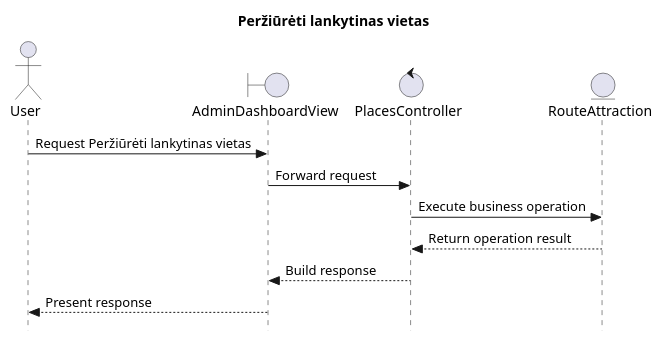
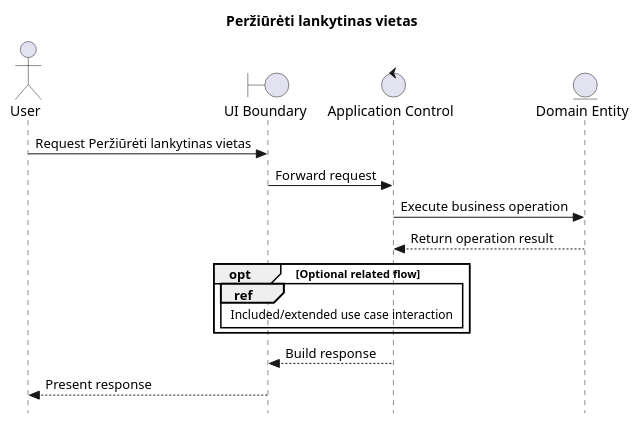
Before and after one commit to SauliusDev/ps-projektas: the diagram in _refs/diagrams-new/sequence/Peržiūrėti_lankytinas_vietas.puml, drawn with PlantUML. The commit also changed 42 other files, not shown here.

Commit message:
fix: satisfy sequence traceability fragment checks

```diff
--- a/_refs/diagrams-new/sequence/Peržiūrėti_lankytinas_vietas.puml
+++ b/_refs/diagrams-new/sequence/Peržiūrėti_lankytinas_vietas.puml
@@ -1,17 +1,22 @@
 @startuml
 skinparam style strictuml
 
 title Peržiūrėti lankytinas vietas
 
 actor "User" as user
-boundary "AdminDashboardView" as ui
-control "PlacesController" as placesController
-entity "RouteAttraction" as routeAttraction
+boundary "UI Boundary" as ui
+control "Application Control" as app
+entity "Domain Entity" as entity
 
 user -> ui: Request Peržiūrėti lankytinas vietas
-ui -> placesController: Forward request
-placesController -> routeAttraction: Execute business operation
-routeAttraction --> placesController: Return operation result
-placesController --> ui: Build response
+ui -> app: Forward request
+app -> entity: Execute business operation
+entity --> app: Return operation result
+
+opt Optional related flow
+  ref over ui, app : Included/extended use case interaction
+end
+
+app --> ui: Build response
 ui --> user: Present response
 @enduml
```
